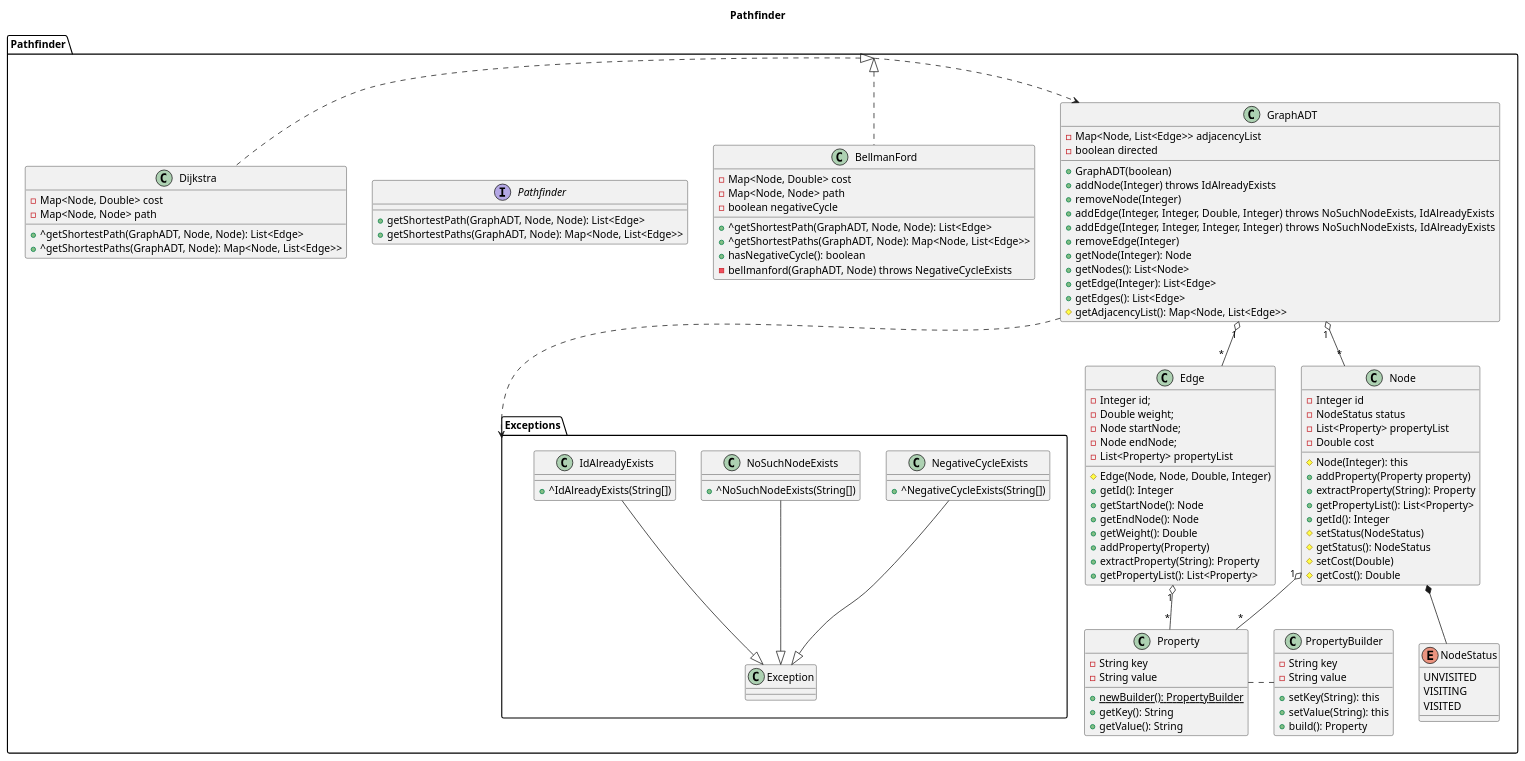
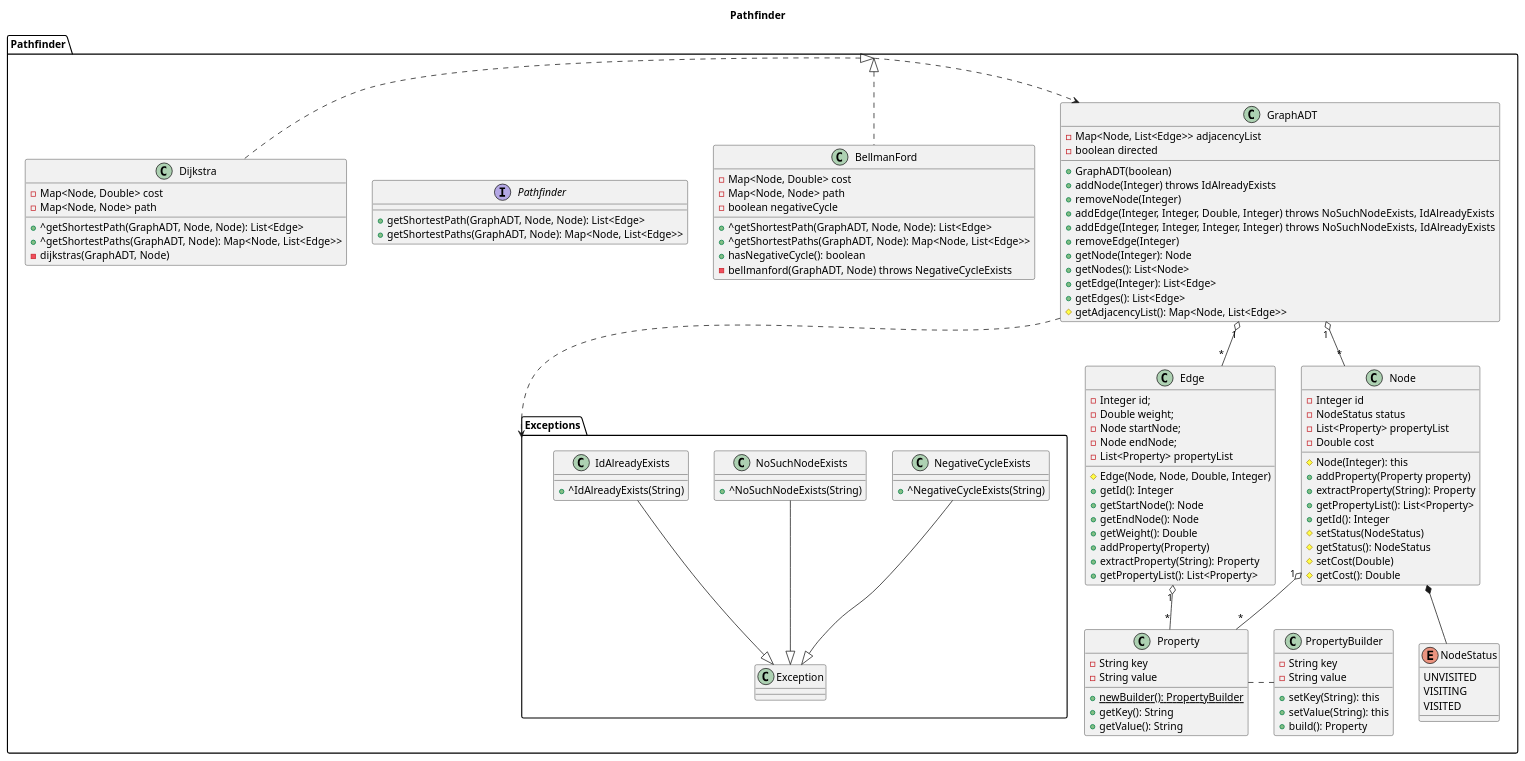
The diagram in umlDiagrams/A4/graph.puml (itshady/Island-Generator), drawn with PlantUML before and after one commit. The commit also changed 1 other file, not shown here.

Commit message:
update uml

```diff
--- a/umlDiagrams/A4/graph.puml
+++ b/umlDiagrams/A4/graph.puml
@@ -1,140 +1,141 @@
 @startuml
 
 title Pathfinder
 
 package Pathfinder {
 
   package Exceptions {
 
     class NegativeCycleExists {
-      +^NegativeCycleExists(String[])
+      +^NegativeCycleExists(String)
     }
 
     class NoSuchNodeExists {
-      +^NoSuchNodeExists(String[])
+      +^NoSuchNodeExists(String)
     }
 
     class IdAlreadyExists {
-      +^IdAlreadyExists(String[])
+      +^IdAlreadyExists(String)
     }
 
   }
 
   class BellmanFord {
     -Map<Node, Double> cost
     -Map<Node, Node> path
     -boolean negativeCycle
     +^getShortestPath(GraphADT, Node, Node): List<Edge>
     +^getShortestPaths(GraphADT, Node): Map<Node, List<Edge>>
     +hasNegativeCycle(): boolean
     -bellmanford(GraphADT, Node) throws NegativeCycleExists
   }
 
   class Dijkstra {
     -Map<Node, Double> cost
     -Map<Node, Node> path
     +^getShortestPath(GraphADT, Node, Node): List<Edge>
     +^getShortestPaths(GraphADT, Node): Map<Node, List<Edge>>
+    -dijkstras(GraphADT, Node)
   }
 
   interface Pathfinder {
     +getShortestPath(GraphADT, Node, Node): List<Edge>
     +getShortestPaths(GraphADT, Node): Map<Node, List<Edge>>
   }
 
   class GraphADT {
     -Map<Node, List<Edge>> adjacencyList
     -boolean directed
 
     +GraphADT(boolean)
     +addNode(Integer) throws IdAlreadyExists
     +removeNode(Integer)
     +addEdge(Integer, Integer, Double, Integer) throws NoSuchNodeExists, IdAlreadyExists
     +addEdge(Integer, Integer, Integer, Integer) throws NoSuchNodeExists, IdAlreadyExists
     +removeEdge(Integer)
     +getNode(Integer): Node
     +getNodes(): List<Node>
     +getEdge(Integer): List<Edge>
     +getEdges(): List<Edge>
     #getAdjacencyList(): Map<Node, List<Edge>>
   }
 
   class Node {
     -Integer id
     -NodeStatus status
     -List<Property> propertyList
     -Double cost
 
     #Node(Integer): this
     +addProperty(Property property)
     +extractProperty(String): Property
     +getPropertyList(): List<Property>
     +getId(): Integer
     #setStatus(NodeStatus)
     #getStatus(): NodeStatus
     #setCost(Double)
     #getCost(): Double
   }
 
   enum NodeStatus {
       UNVISITED
       VISITING
       VISITED
     }
 
   class Edge {
     -Integer id;
     -Double weight;
     -Node startNode;
     -Node endNode;
     -List<Property> propertyList
 
     #Edge(Node, Node, Double, Integer)
     +getId(): Integer
     +getStartNode(): Node
     +getEndNode(): Node
     +getWeight(): Double
     +addProperty(Property)
     +extractProperty(String): Property
     +getPropertyList(): List<Property>
   }
 
   class Property {
     -String key
     -String value
 
     +{static} newBuilder(): PropertyBuilder
     +getKey(): String
     +getValue(): String
   }
 
   class PropertyBuilder {
     -String key
     -String value
 
     +setKey(String): this
     +setValue(String): this
     +build(): Property
   }
 
 }
 
 NoSuchNodeExists --|> Pathfinder.Exceptions.Exception
 NegativeCycleExists -down-|> Pathfinder.Exceptions.Exception
 IdAlreadyExists --|> Pathfinder.Exceptions.Exception
 
 BellmanFord .up.|> Pathfinder
 Dijkstra .up.|> Pathfinder
 BellmanFord -[hidden]-> Exceptions
 Pathfinder ..> GraphADT
 
 GraphADT ..> Exceptions
 GraphADT "1" o-- "*" Edge
 GraphADT "1" o-- "*" Node
 Node *-- NodeStatus
 PropertyBuilder .left. Property
 Node "1" o-- "*" Property
 Edge "1" o-- "*" Property
 
 
 @enduml
```
